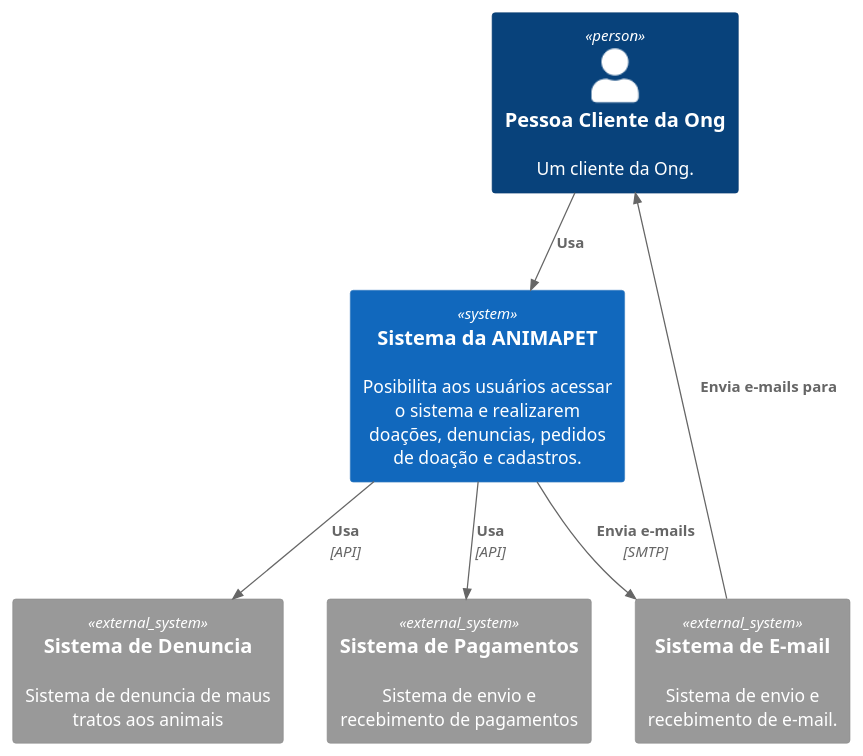
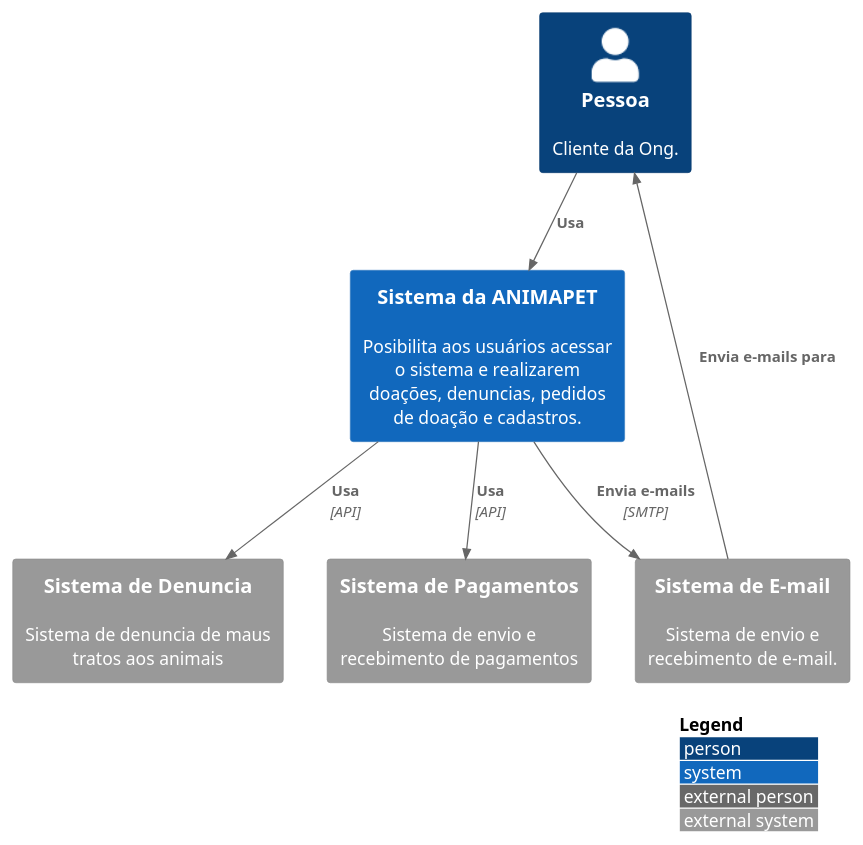
The diagram in src/contexto.puml (andrelquiosi/ANIMAPET), drawn with PlantUML before and after one commit. The commit also changed 1 other file, not shown here.

Commit message:
criado sistema.puml

```diff
--- a/src/contexto.puml
+++ b/src/contexto.puml
@@ -1,29 +1,23 @@
 @startuml ContextoMacro
 !include https://raw.githubusercontent.com/adrianvlupu/C4-PlantUML/latest/C4_Context.puml
 
 
-LAYOUT_TOP_DOWN()
+LAYOUT_WITH_LEGEND()
 
-Person(pco, "Pessoa Cliente da Ong", "Um cliente da Ong.")
+Person(pco, "Pessoa", "Cliente da Ong.")
 
-' System(sdi, "Sistema de Dispositivo Móvel", "Permite ao usuário visualizar e doar PETs, realizar denuncias e doações para o cuidado dos animais.")
-' System(swb, "Sistema WEB", "Permite ao usuário visualizar e doar PETs, realizar denuncias e doações para o cuidado dos animais.")
 System(sys, "Sistema da ANIMAPET", "Posibilita aos usuários acessar o sistema e realizarem doações, denuncias, pedidos de doação e cadastros.")
+
 System_Ext(ems, "Sistema de E-mail", "Sistema de envio e recebimento de e-mail.")
 System_Ext(spo, "Sistema de Denuncia", "Sistema de denuncia de maus tratos aos animais")
 System_Ext(pix, "Sistema de Pagamentos", "Sistema de envio e recebimento de pagamentos")
 
-' Rel(pco, sdi, "Usa")
-' Rel(pco, swb, "Usa")
 Rel(pco, sys, "Usa")
-' Rel(sdi, sys, "Acessa","API")
-' Rel(swb, sys, "Acessa","API")
-
 Rel(sys, ems, "Envia e-mails", "SMTP")
 Rel(ems, pco, "Envia e-mails para")
 Rel(sys, spo, "Usa","API")
 Rel(sys, pix, "Usa","API")
 
 
 
 @enduml
```
